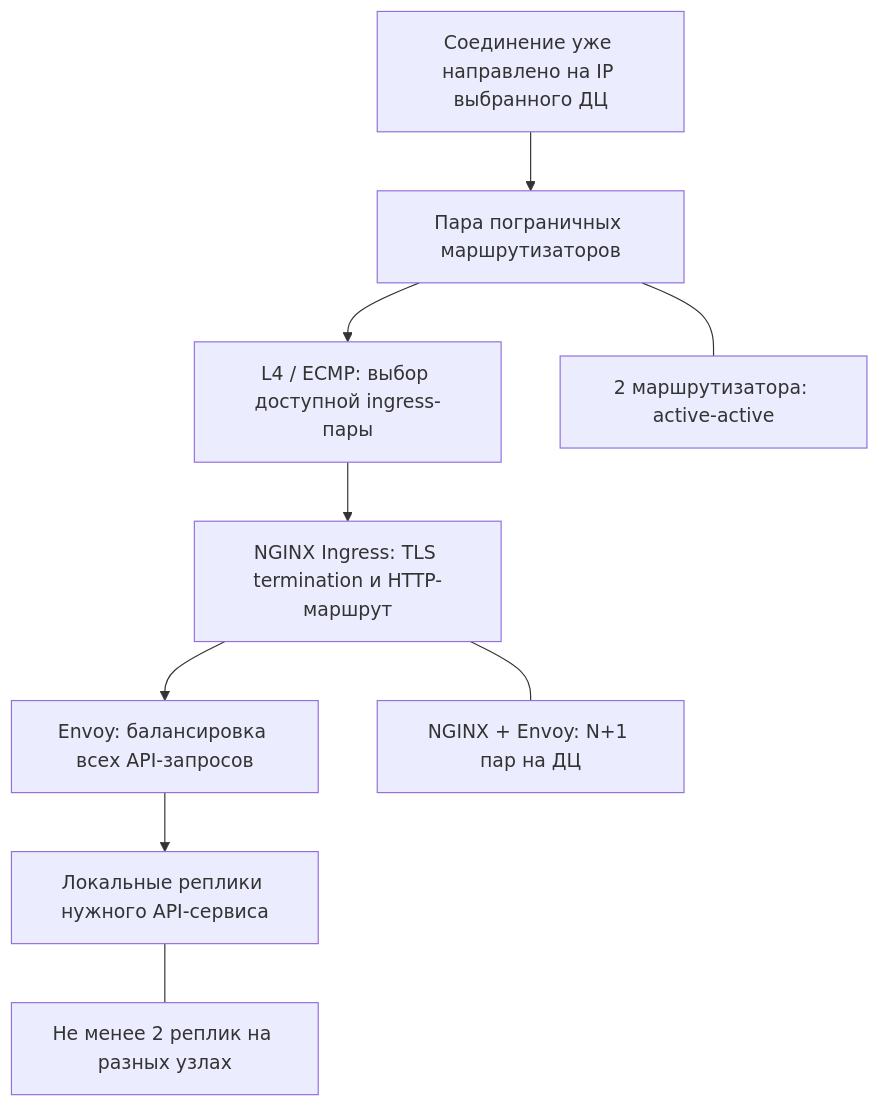
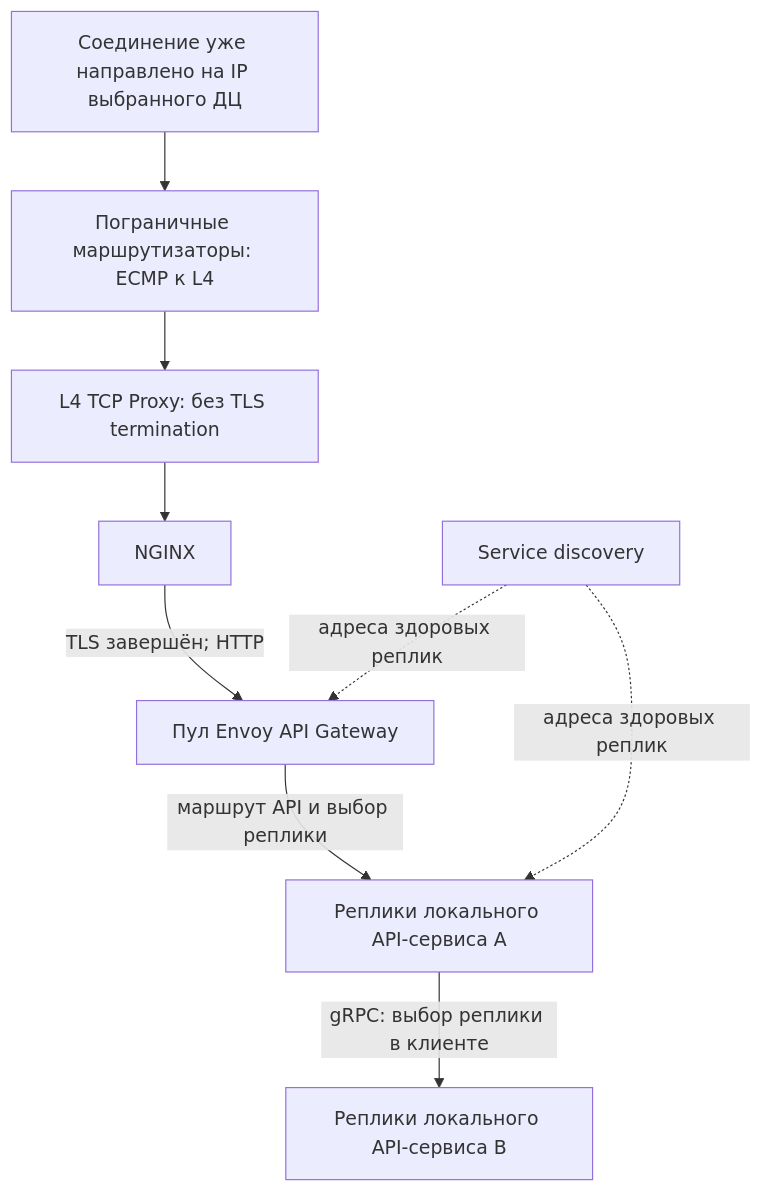
The second of 2 diagrams in README.md (amklimenkov752/tp_highload_2026), drawn with Mermaid before and after one commit. The commit also changed other lines of this file, not shown here.

````diff
--- a/README.md
+++ b/README.md
@@ -397,15 +397,19 @@
 ```mermaid
 flowchart TB
     IN[Соединение уже направлено на IP выбранного ДЦ]
-    R[Пара пограничных маршрутизаторов]
-    L4[L4 / ECMP: выбор доступной ingress-пары]
-    N[NGINX Ingress: TLS termination и HTTP-маршрут]
-    E[Envoy: балансировка всех API-запросов]
-    A[Локальные реплики нужного API-сервиса]
+    R[Пограничные маршрутизаторы: ECMP к L4]
+    L4[L4 TCP Proxy: без TLS termination]
+    N[NGINX]
+    E[Пул Envoy API Gateway]
+    A[Реплики локального API-сервиса A]
+    B[Реплики локального API-сервиса B]
+    SD[Service discovery]
 
-    IN --> R --> L4 --> N --> E --> A
-
-    R --- RR[2 маршрутизатора: active-active]
-    N --- RN[NGINX + Envoy: N+1 пар на ДЦ]
-    A --- RA[Не менее 2 реплик на разных узлах]
+    IN --> R --> L4
+    L4 --> N
+    N -->|TLS завершён; HTTP| E
+    E -->|маршрут API и выбор реплики| A
+    A -->|gRPC: выбор реплики в клиенте| B
+    SD -.->|адреса здоровых реплик| A
+    SD -.->|адреса здоровых реплик| E
 ```
````
